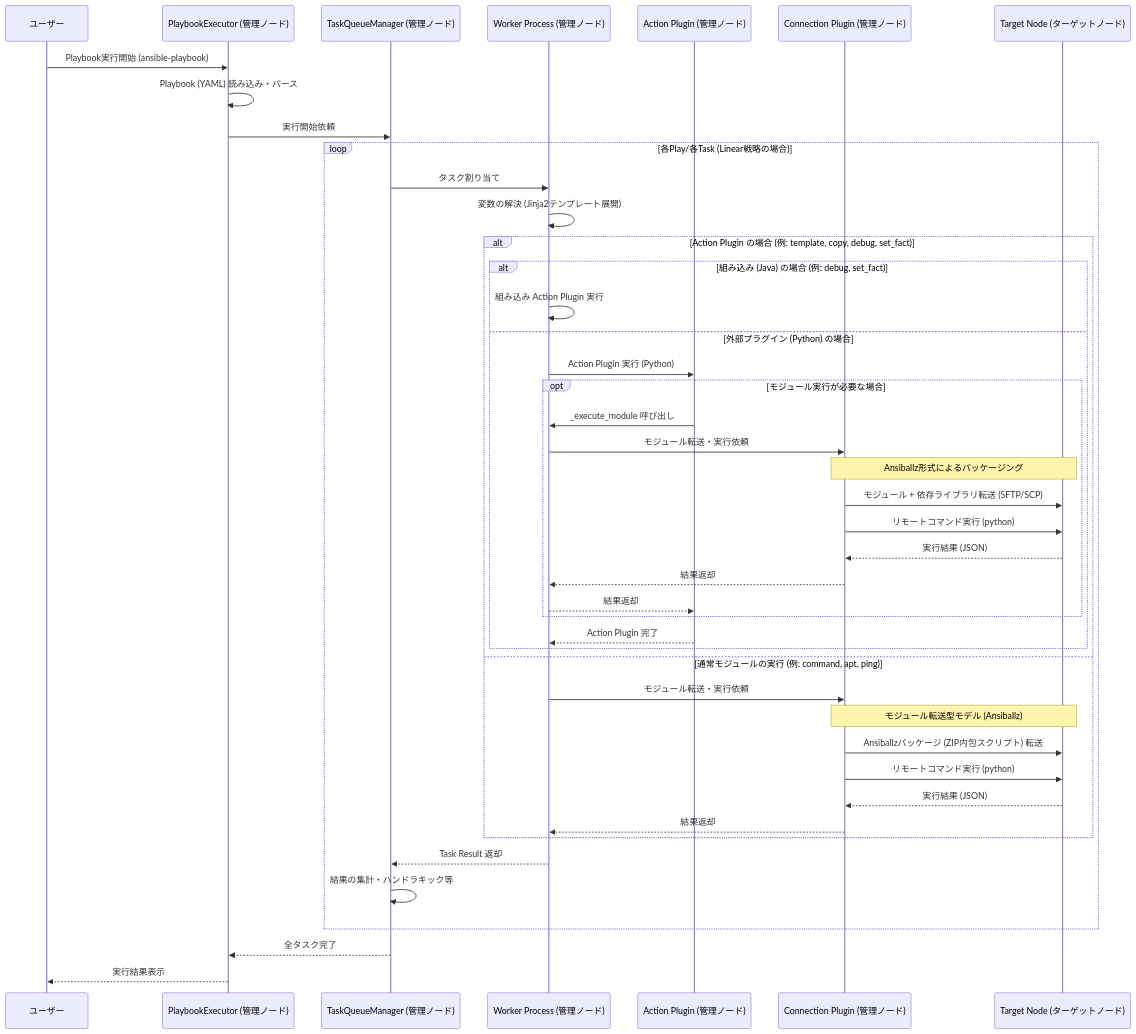
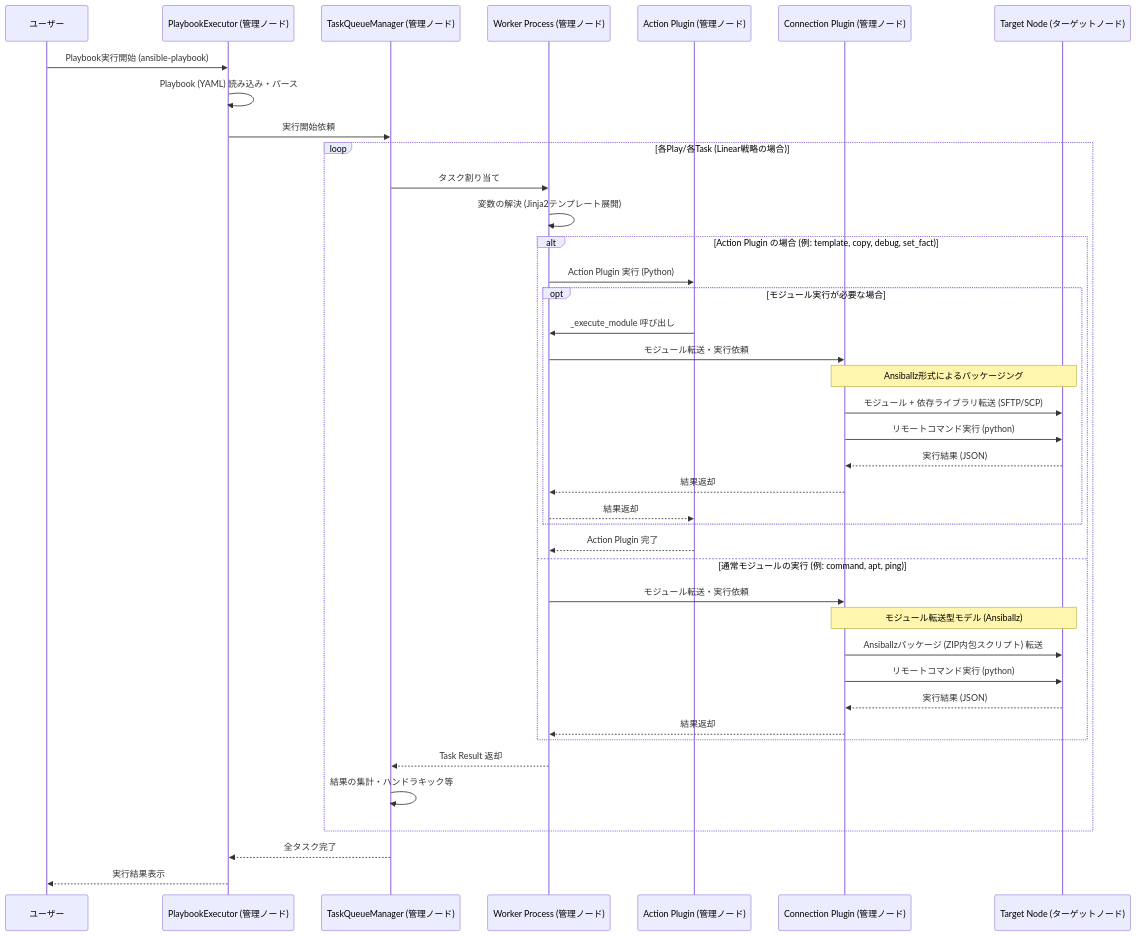
Before and after one commit to yamanakahirofumi/graal-ansible: the diagram in docs/features/Process-Flow.md, drawn with Mermaid. The commit also changed other lines of this file and 2 other files, not shown here.

Commit message:
[整理] ドキュメントの現状同期とアーキテクチャ記述の修正を行いました。
- `docs/features/Process-Flow.md`: Mermaid図と説明文からJavaベースのAction Pluginエミュレータに関する記述を削除し、「Python-first」アーキテクチャを反映しました。
- `docs/implementation/Action-Plugins.md`: 「新規アクションプラグインのサポート追加ガイド」の項番が10から11.1に飛んでいた箇所を、10.1〜10.4に修正しました。
- `docs/features/Playbook-Execution.md`: `Variables-Templating.md` へのアンカーリンクが古くなっていたため、現在のヘッダーに合わせて修正しました。
- `docs/` 配下の全ファイルを詳細に確認し、古い「Javaエミュレータ」等の参照が残っていないことを確認しました。

````diff
--- a/docs/features/Process-Flow.md
+++ b/docs/features/Process-Flow.md
@@ -9,51 +9,47 @@
 ```mermaid
 sequenceDiagram
     participant User as ユーザー
     participant PE as PlaybookExecutor (管理ノード)
     participant TQM as TaskQueueManager (管理ノード)
     participant Worker as Worker Process (管理ノード)
     participant AP as Action Plugin (管理ノード)
     participant CP as Connection Plugin (管理ノード)
     participant TN as Target Node (ターゲットノード)
 
     User->>PE: Playbook実行開始 (ansible-playbook)
     PE->>PE: Playbook (YAML) 読み込み・パース
     PE->>TQM: 実行開始依頼
 
     loop 各Play/各Task (Linear戦略の場合)
         TQM->>Worker: タスク割り当て
         Worker->>Worker: 変数の解決 (Jinja2テンプレート展開)
 
         alt Action Plugin の場合 (例: template, copy, debug, set_fact)
-            alt 組み込み (Java) の場合 (例: debug, set_fact)
-                Worker->>Worker: 組み込み Action Plugin 実行
-            else 外部プラグイン (Python) の場合
-                Worker->>AP: Action Plugin 実行 (Python)
-                opt モジュール実行が必要な場合
-                    AP->>Worker: _execute_module 呼び出し
-                    Worker->>CP: モジュール転送・実行依頼
-                    Note over CP, TN: Ansiballz形式によるパッケージング
-                    CP->>TN: モジュール + 依存ライブラリ転送 (SFTP/SCP)
-                    CP->>TN: リモートコマンド実行 (python)
-                    TN-->>CP: 実行結果 (JSON)
-                    CP-->>Worker: 結果返却
-                    Worker-->>AP: 結果返却
-                end
-                AP-->>Worker: Action Plugin 完了
+            Worker->>AP: Action Plugin 実行 (Python)
+            opt モジュール実行が必要な場合
+                AP->>Worker: _execute_module 呼び出し
+                Worker->>CP: モジュール転送・実行依頼
+                Note over CP, TN: Ansiballz形式によるパッケージング
+                CP->>TN: モジュール + 依存ライブラリ転送 (SFTP/SCP)
+                CP->>TN: リモートコマンド実行 (python)
+                TN-->>CP: 実行結果 (JSON)
+                CP-->>Worker: 結果返却
+                Worker-->>AP: 結果返却
             end
+            AP-->>Worker: Action Plugin 完了
         else 通常モジュールの実行 (例: command, apt, ping)
             Worker->>CP: モジュール転送・実行依頼
             Note over CP, TN: モジュール転送型モデル (Ansiballz)
             CP->>TN: Ansiballzパッケージ (ZIP内包スクリプト) 転送
             CP->>TN: リモートコマンド実行 (python)
             TN-->>CP: 実行結果 (JSON)
             CP-->>Worker: 結果返却
         end
 
         Worker-->>TQM: Task Result 返却
         TQM->>TQM: 結果の集計・ハンドラキック等
     end
 
     TQM-->>PE: 全タスク完了
     PE-->>User: 実行結果表示
 ```
````
